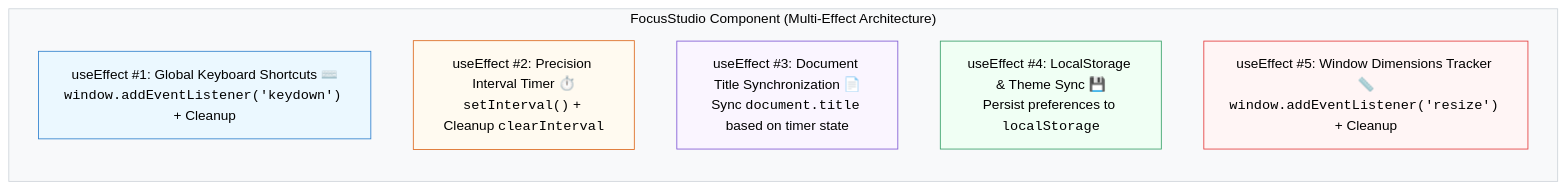
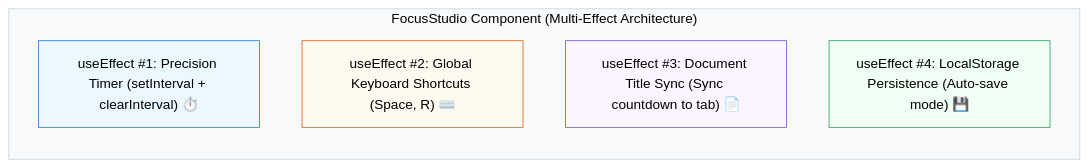
Before and after one commit to Ari-ICU/full-stack-short-coures: the diagram in src/courses/react/module-4-useeffect/06-mini-project.mdx, drawn with Mermaid. The commit also changed other lines of this file and 52 other files, not shown here.

````diff
--- a/src/courses/react/module-4-useeffect/06-mini-project.mdx
+++ b/src/courses/react/module-4-useeffect/06-mini-project.mdx
@@ -34,18 +25,16 @@
 ```mermaid
 flowchart TD
     subgraph Component["FocusStudio Component (Multi-Effect Architecture)"]
         direction TB
-        E1["useEffect #1: Global Keyboard Shortcuts ⌨️<br><code>window.addEventListener('keydown')</code> + Cleanup"]
-        E2["useEffect #2: Precision Interval Timer ⏱️<br><code>setInterval()</code> + Cleanup <code>clearInterval</code>"]
-        E3["useEffect #3: Document Title Synchronization 📄<br>Sync <code>document.title</code> based on timer state"]
-        E4["useEffect #4: LocalStorage & Theme Sync 💾<br>Persist preferences to <code>localStorage</code>"]
-        E5["useEffect #5: Window Dimensions Tracker 📏<br><code>window.addEventListener('resize')</code> + Cleanup"]
+        E1["useEffect #1: Precision Timer (setInterval + clearInterval) ⏱️"]
+        E2["useEffect #2: Global Keyboard Shortcuts (Space, R) ⌨️"]
+        E3["useEffect #3: Document Title Sync (Sync countdown to tab) 📄"]
+        E4["useEffect #4: LocalStorage Persistence (Auto-save mode) 💾"]
     end
 
     style Component fill:#f8f9fa,stroke:#ced4da,color:#000
     style E1 fill:#ebf8ff,stroke:#3182ce,color:#000
     style E2 fill:#fffaf0,stroke:#dd6b20,color:#000
     style E3 fill:#faf5ff,stroke:#805ad5,color:#000
     style E4 fill:#f0fff4,stroke:#38a169,color:#000
-    style E5 fill:#fff5f5,stroke:#e53e3e,color:#000
 ```
````
